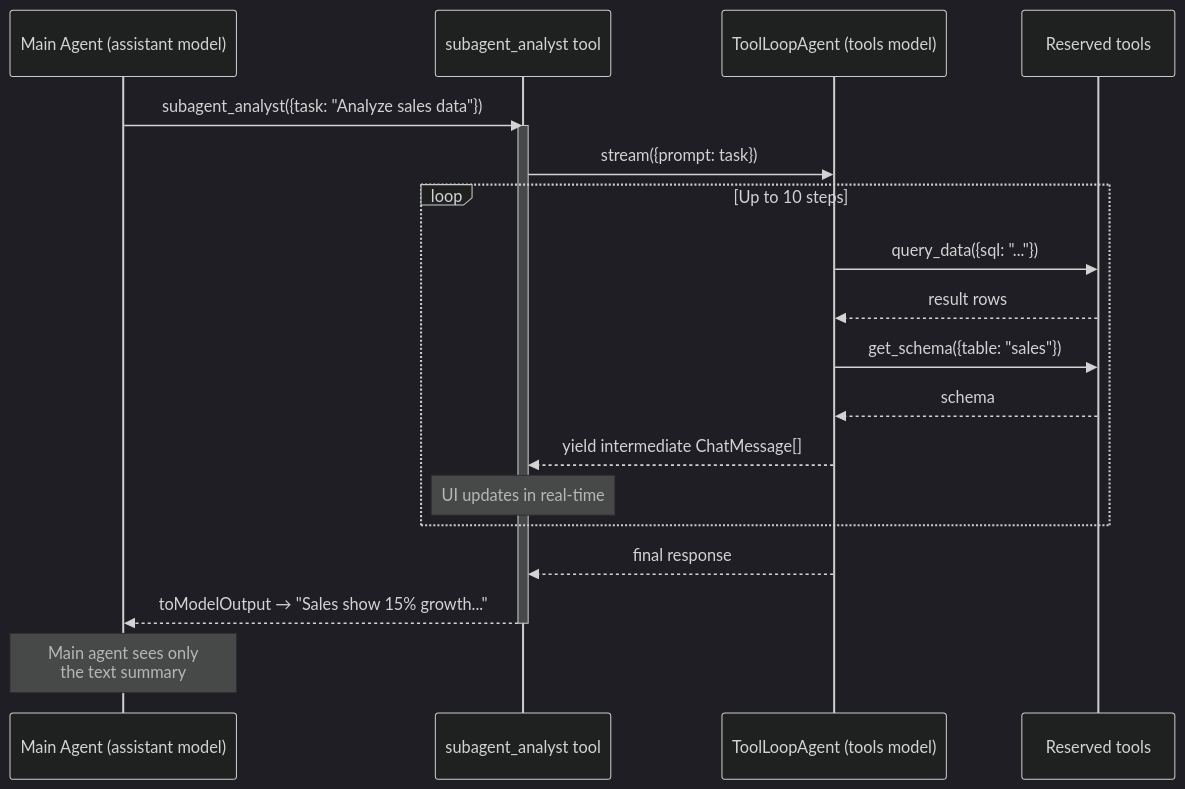
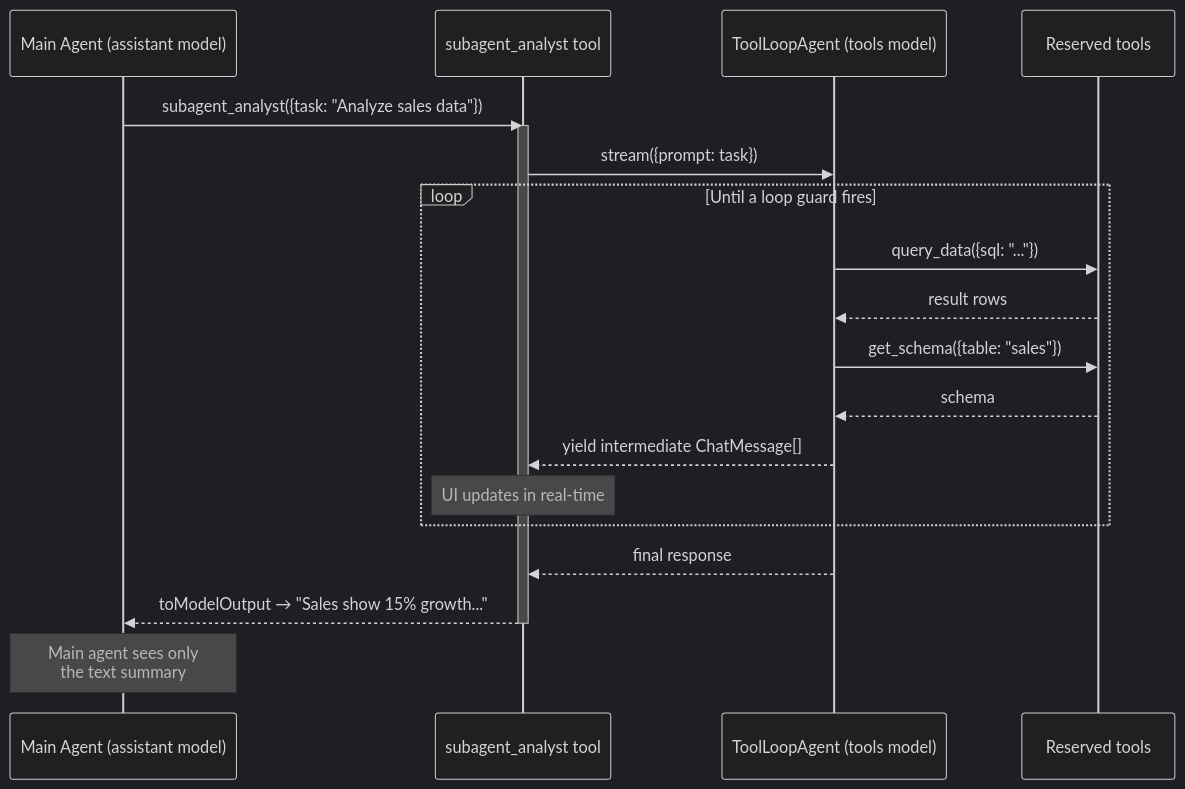
One commit to data-fair/agents changed the third of 4 diagrams in docs/architecture/sub-agents.md. Above: the diagram before and after it, drawn with Mermaid (dark theme). The commit also changed other lines of this file and 9 other files, not shown here.

````diff
--- a/docs/architecture/sub-agents.md
+++ b/docs/architecture/sub-agents.md
@@ -97,26 +97,26 @@
 ```mermaid
 sequenceDiagram
   participant Main as Main Agent (assistant model)
   participant Tool as subagent_analyst tool
   participant TLA as ToolLoopAgent (tools model)
   participant MCP as Reserved tools
 
   Main->>Tool: subagent_analyst({task: "Analyze sales data"})
   activate Tool
   
   Tool->>TLA: stream({prompt: task})
-  loop Up to 10 steps
+  loop Until a loop guard fires
     TLA->>MCP: query_data({sql: "..."})
     MCP-->>TLA: result rows
     TLA->>MCP: get_schema({table: "sales"})
     MCP-->>TLA: schema
     TLA-->>Tool: yield intermediate ChatMessage[]
     Note over Tool: UI updates in real-time
   end
   TLA-->>Tool: final response
   
   Tool-->>Main: toModelOutput → "Sales show 15% growth..."
   deactivate Tool
   
   Note over Main: Main agent sees only<br/>the text summary
 ```
````
